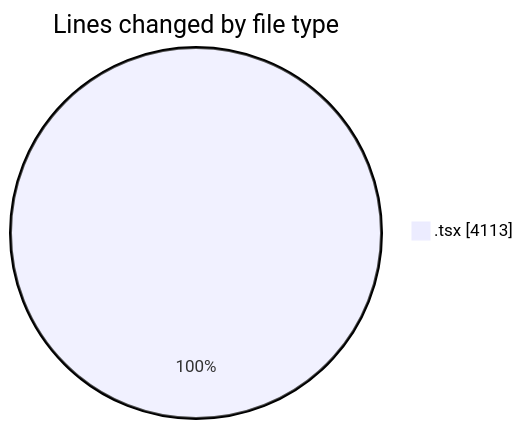
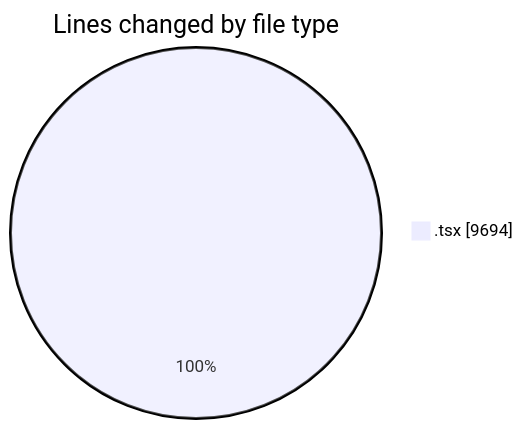
Before and after one commit to nxtqubesakshisongat/code-tracking: the first of 2 diagrams in 2026-08-23/nxtqube_webapp/README.md, drawn with Mermaid. The commit also changed other lines of this file and 1 other file, not shown here.

````diff
--- a/2026-08-23/nxtqube_webapp/README.md
+++ b/2026-08-23/nxtqube_webapp/README.md
@@ -27,5 +31,5 @@
 ```mermaid
 pie showData
 title Lines changed by file type
-".tsx" : 4113
+".tsx" : 9694
 ```
````
